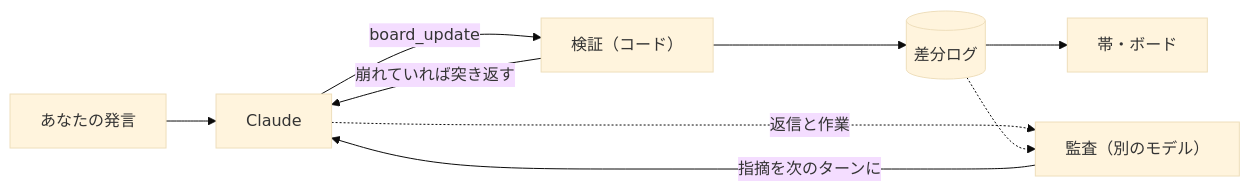
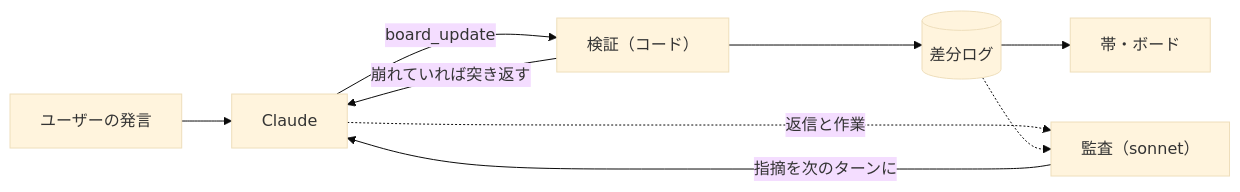
One commit to uzusio/claude-code-discourse-state changed the diagram in README.md. Above: the diagram before and after it, drawn with Mermaid (base theme). The commit also changed other lines of this file and 13 other files, not shown here.

First line of the commit message:
ボードを作業ごとの 意図・文脈の補完・流れ の3つだけにする。README を開発者向けに書き直す

````diff
--- a/README.md
+++ b/README.md
@@ -51,11 +38,11 @@
 ```mermaid
 flowchart LR
-  you[あなたの発言] --> claude[Claude]
+  you[ユーザーの発言] --> claude[Claude]
   claude -- board_update --> check[検証（コード）]
   check -- 崩れていれば突き返す --> claude
   check --> log[(差分ログ)]
   log --> ui[帯・ボード]
-  claude -. 返信と作業 .-> audit[監査（別のモデル）]
+  claude -. 返信と作業 .-> audit[監査（sonnet）]
   log -.-> audit
   audit -- 指摘を次のターンに --> claude
 ```
````
